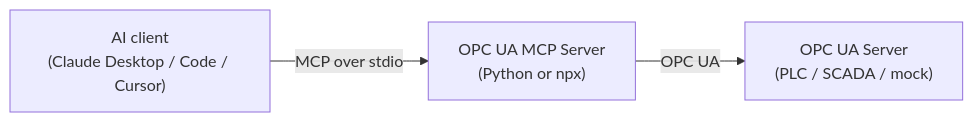
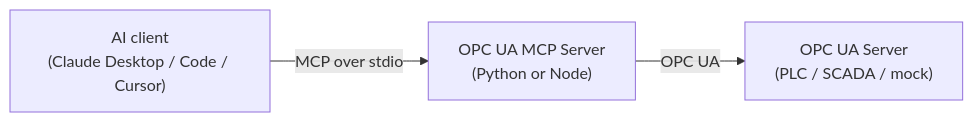
One commit to midhunxavier/OPCUA-MCP changed the diagram in README.md. Above: the diagram before and after it, drawn with Mermaid. The commit also changed other lines of this file and 62 other files, not shown here.

````diff
--- a/README.md
+++ b/README.md
@@ -31,5 +31,5 @@
 ```mermaid
 flowchart LR
-    A["AI client<br/>(Claude Desktop / Code / Cursor)"] -->|MCP over stdio| B["OPC UA MCP Server<br/>(Python or npx)"]
+    A["AI client<br/>(Claude Desktop / Code / Cursor)"] -->|MCP over stdio| B["OPC UA MCP Server<br/>(Python or Node)"]
     B -->|OPC UA| C["OPC UA Server<br/>(PLC / SCADA / mock)"]
 ```
````
